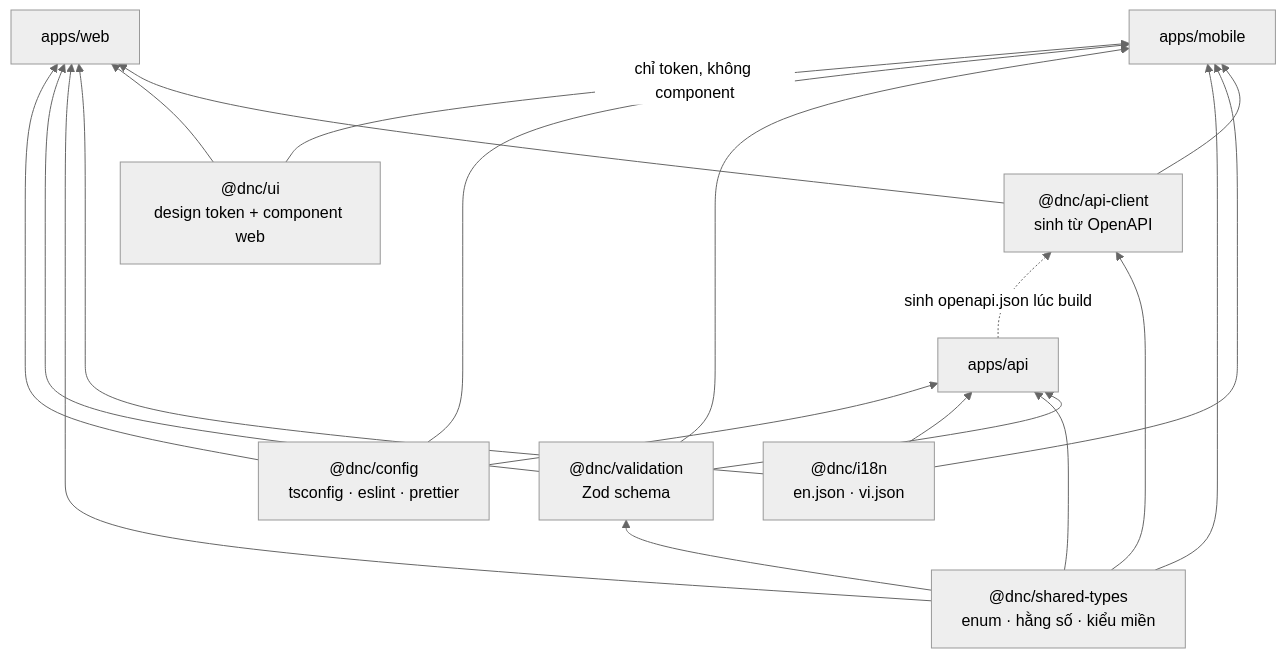
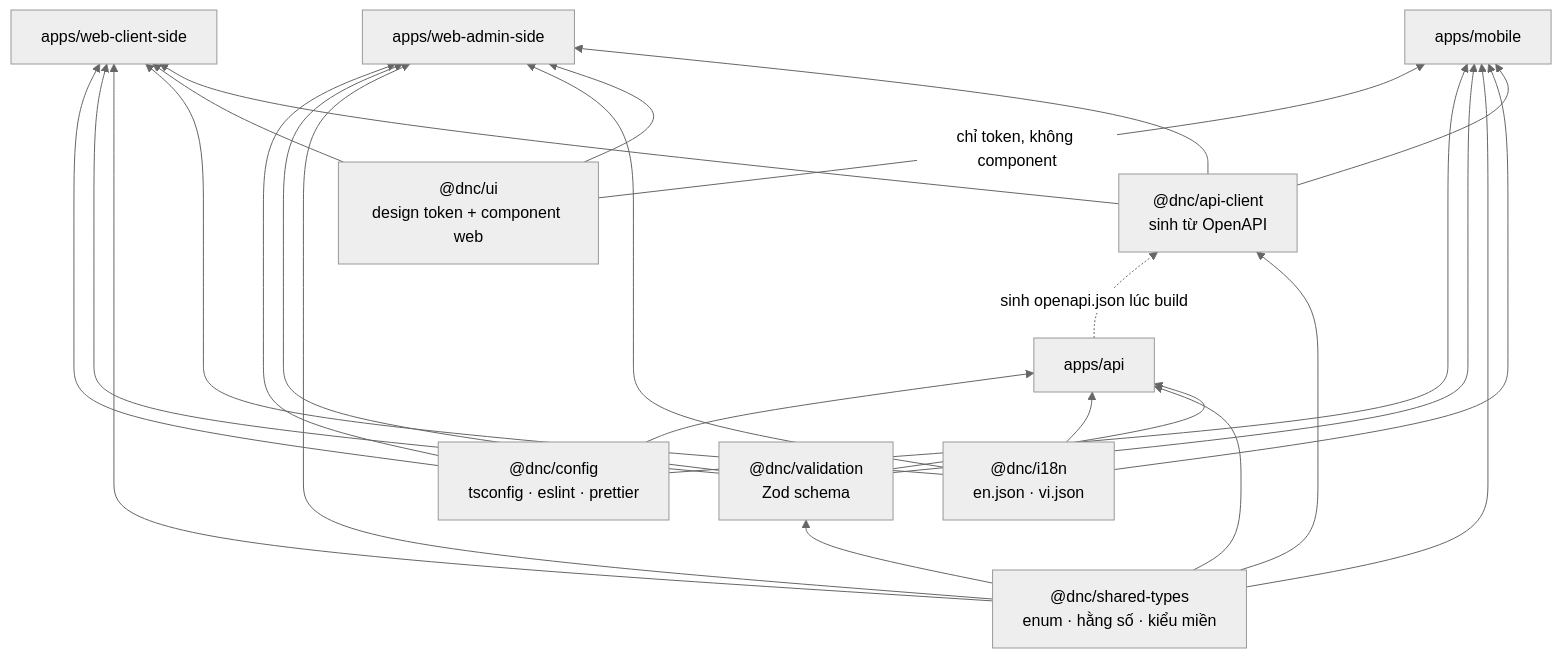
Before and after one commit to DangNH2512/vncare: the sixth of 12 diagrams in docs/analysis/04-tech-stack-va-kien-truc.md, drawn with Mermaid (neutral theme). The commit also changed other lines of this file and 106 other files, not shown here.

First line of the commit message:
feat(web-client): initialize web client-side application with Next.js 16 and Tailwind CSS

````diff
--- a/docs/analysis/04-tech-stack-va-kien-truc.md
+++ b/docs/analysis/04-tech-stack-va-kien-truc.md
@@ -820,36 +834,44 @@
 ```mermaid
 flowchart BT
     VAL["@dnc/validation<br/>Zod schema"]
     TYP["@dnc/shared-types<br/>enum · hằng số · kiểu miền"]
     I18N["@dnc/i18n<br/>en.json · vi.json"]
     CFG["@dnc/config<br/>tsconfig · eslint · prettier"]
     UI["@dnc/ui<br/>design token + component web"]
     CLI["@dnc/api-client<br/>sinh từ OpenAPI"]
 
     API["apps/api"]
-    WEB["apps/web"]
+    WEBC["apps/web-client-side"]
+    WEBA["apps/web-admin-side"]
     MOB["apps/mobile"]
 
     TYP --> VAL
     TYP --> CLI
     VAL --> API
     TYP --> API
     I18N --> API
     CFG --> API
 
-    CLI --> WEB
-    UI --> WEB
-    I18N --> WEB
-    TYP --> WEB
-    VAL --> WEB
-    CFG --> WEB
+    CLI --> WEBC
+    UI --> WEBC
+    I18N --> WEBC
+    TYP --> WEBC
+    VAL --> WEBC
+    CFG --> WEBC
+
+    CLI --> WEBA
+    UI --> WEBA
+    I18N --> WEBA
+    TYP --> WEBA
+    VAL --> WEBA
+    CFG --> WEBA
 
     CLI --> MOB
     I18N --> MOB
     TYP --> MOB
     VAL --> MOB
     CFG --> MOB
     UI -->|"chỉ token, không component"| MOB
 
     API -.->|"sinh openapi.json lúc build"| CLI
 ```
````
